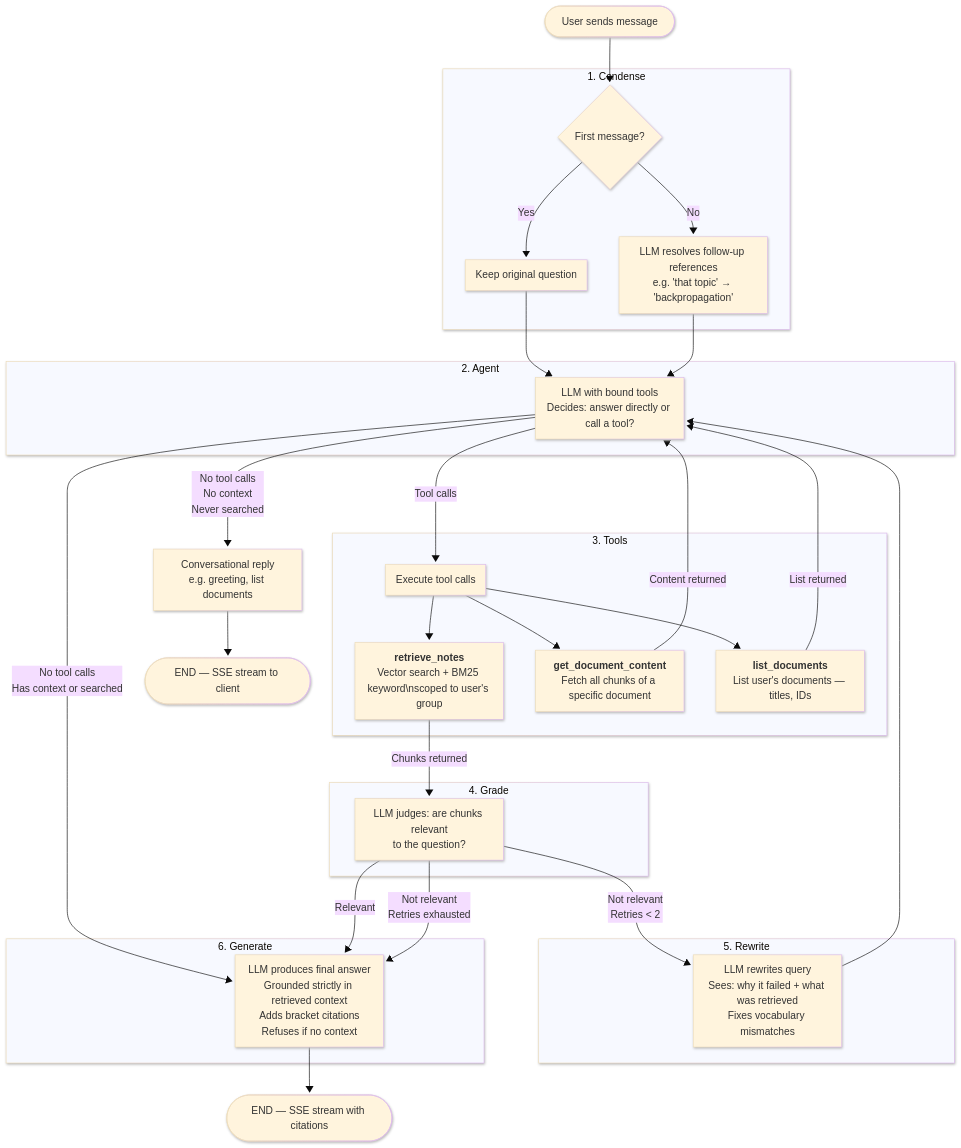
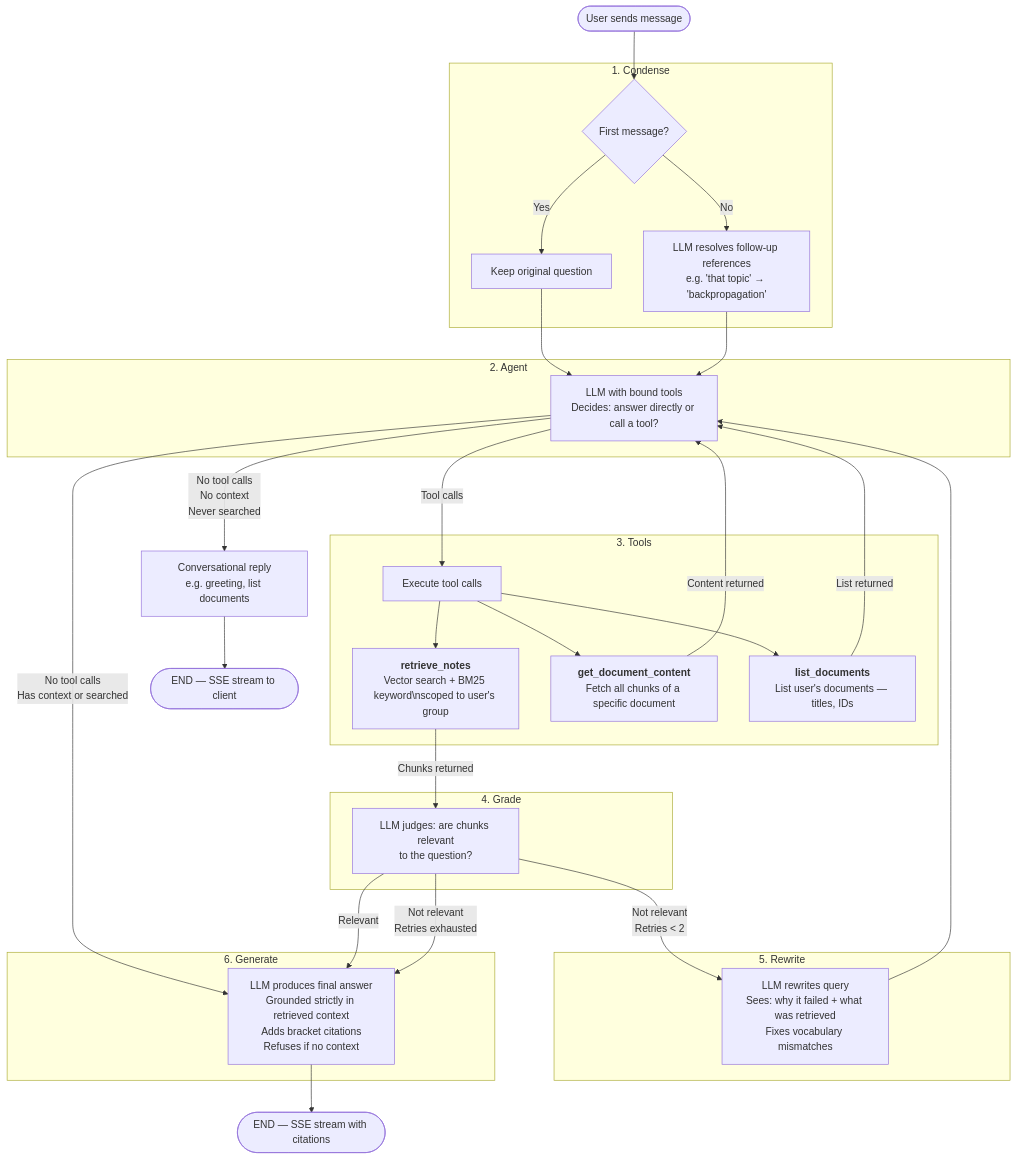
The diagram in backend/README.md (Zian00/notes-rag), drawn with Mermaid before and after one commit.

Commit message:
docs(backend): use default mermaid theme for dark mode compatibility

````diff
--- a/backend/README.md
+++ b/backend/README.md
@@ -108,53 +108,52 @@
 ```mermaid
 ---
 config:
-  theme: base
-  look: neo
+  theme: default
 ---
 flowchart TB
  subgraph condense_step["1. Condense"]
         condense{"First message?"}
         skip["Keep original question"]
         resolve@{ label: "LLM resolves follow-up references\ne.g. 'that topic' → 'backpropagation'" }
   end
  subgraph agent_step["2. Agent"]
         agent["LLM with bound tools\nDecides: answer directly or call a tool?"]
   end
  subgraph tools_step["3. Tools"]
         tools["Execute tool calls"]
         retrieve_notes@{ label: "**retrieve_notes**<br/>Vector search + BM25 keyword\\nscoped to user's group" }
         get_document_content["`**get_document_content**<br/>Fetch all chunks of a specific document`"]
         list_documents@{ label: "**list_documents**<br/>List user's documents — titles, IDs" }
   end
  subgraph grade_step["4. Grade"]
         grade["LLM judges: are chunks relevant\nto the question?"]
   end
  subgraph rewrite_step["5. Rewrite"]
         rewrite["LLM rewrites query\nSees: why it failed + what was retrieved\nFixes vocabulary mismatches"]
   end
  subgraph generate_step["6. Generate"]
         generate["LLM produces final answer\nGrounded strictly in retrieved context\nAdds bracket citations\nRefuses if no context"]
   end
     START(["User sends message"]) --> condense
     condense -- Yes --> skip
     condense -- No --> resolve
     skip --> agent
     resolve --> agent
     agent -- No tool calls\nNo context\nNever searched --> conversational["Conversational reply\ne.g. greeting, list documents"]
     agent -- Tool calls --> tools
     agent -- No tool calls\nHas context or searched --> generate
     conversational --> END_conv(["END — SSE stream to client"])
     tools --> retrieve_notes & get_document_content & list_documents
     retrieve_notes -- Chunks returned --> grade
     get_document_content -- Content returned --> agent
     list_documents -- List returned --> agent
     grade -- Relevant --> generate
     grade -- Not relevant\nRetries &lt; 2 --> rewrite
     rewrite --> agent
     grade -- Not relevant\nRetries exhausted --> generate
     generate --> END_gen(["END — SSE stream with citations"])
 
     resolve@{ shape: rect}
     retrieve_notes@{ shape: rect}
     list_documents@{ shape: rect}
 ```
````
